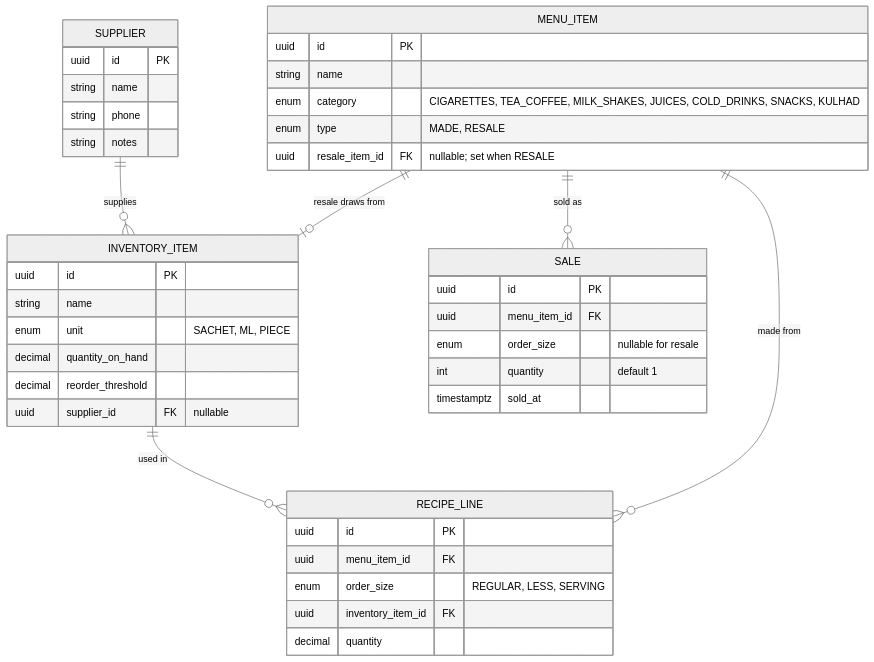
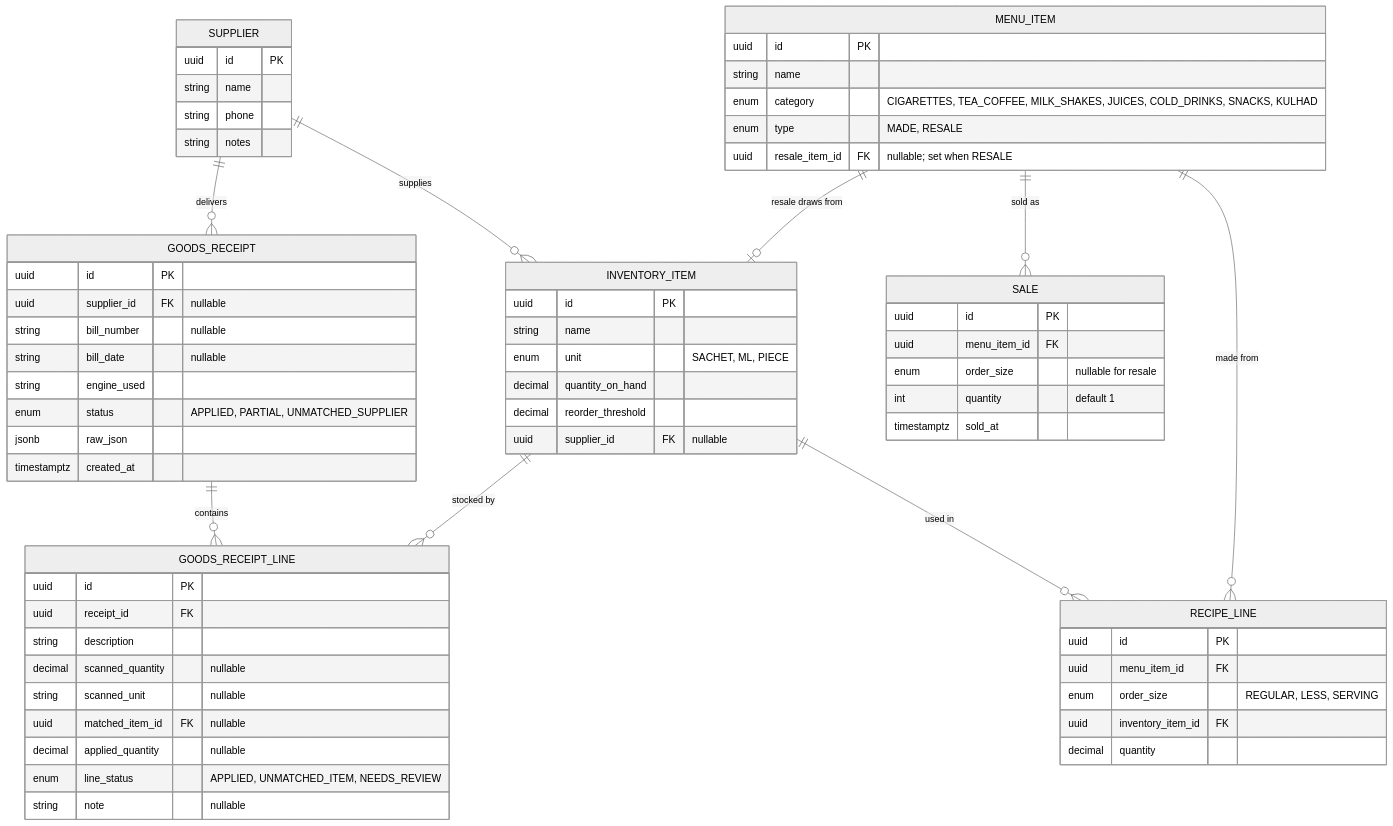
The diagram in backend/docs/datamodel.md (shankhanraman/cafe_test), drawn with Mermaid (neutral theme) before and after one commit. The commit also changed other lines of this file and 3 other files, not shown here.

Commit message:
docs: data model + flow for supplier-invoice stock-in

````diff
--- a/backend/docs/datamodel.md
+++ b/backend/docs/datamodel.md
@@ -8,44 +8,68 @@
 ```mermaid
 erDiagram
     SUPPLIER ||--o{ INVENTORY_ITEM : supplies
+    SUPPLIER ||--o{ GOODS_RECEIPT : "delivers"
+    GOODS_RECEIPT ||--o{ GOODS_RECEIPT_LINE : "contains"
+    INVENTORY_ITEM ||--o{ GOODS_RECEIPT_LINE : "stocked by"
     INVENTORY_ITEM ||--o{ RECIPE_LINE : "used in"
     MENU_ITEM ||--o{ RECIPE_LINE : "made from"
     MENU_ITEM ||--o| INVENTORY_ITEM : "resale draws from"
     MENU_ITEM ||--o{ SALE : "sold as"
 
     SUPPLIER {
         uuid id PK
         string name
         string phone
         string notes
     }
     INVENTORY_ITEM {
         uuid id PK
         string name
         enum unit "SACHET, ML, PIECE"
         decimal quantity_on_hand
         decimal reorder_threshold
         uuid supplier_id FK "nullable"
     }
     MENU_ITEM {
         uuid id PK
         string name
         enum category "CIGARETTES, TEA_COFFEE, MILK_SHAKES, JUICES, COLD_DRINKS, SNACKS, KULHAD"
         enum type "MADE, RESALE"
         uuid resale_item_id FK "nullable; set when RESALE"
     }
     RECIPE_LINE {
         uuid id PK
         uuid menu_item_id FK
         enum order_size "REGULAR, LESS, SERVING"
         uuid inventory_item_id FK
         decimal quantity
     }
     SALE {
         uuid id PK
         uuid menu_item_id FK
         enum order_size "nullable for resale"
         int quantity "default 1"
         timestamptz sold_at
     }
+    GOODS_RECEIPT {
+        uuid id PK
+        uuid supplier_id FK "nullable"
+        string bill_number "nullable"
+        string bill_date "nullable"
+        string engine_used
+        enum status "APPLIED, PARTIAL, UNMATCHED_SUPPLIER"
+        jsonb raw_json
+        timestamptz created_at
+    }
+    GOODS_RECEIPT_LINE {
+        uuid id PK
+        uuid receipt_id FK
+        string description
+        decimal scanned_quantity "nullable"
+        string scanned_unit "nullable"
+        uuid matched_item_id FK "nullable"
+        decimal applied_quantity "nullable"
+        enum line_status "APPLIED, UNMATCHED_ITEM, NEEDS_REVIEW"
+        string note "nullable"
+    }
 ```
````
